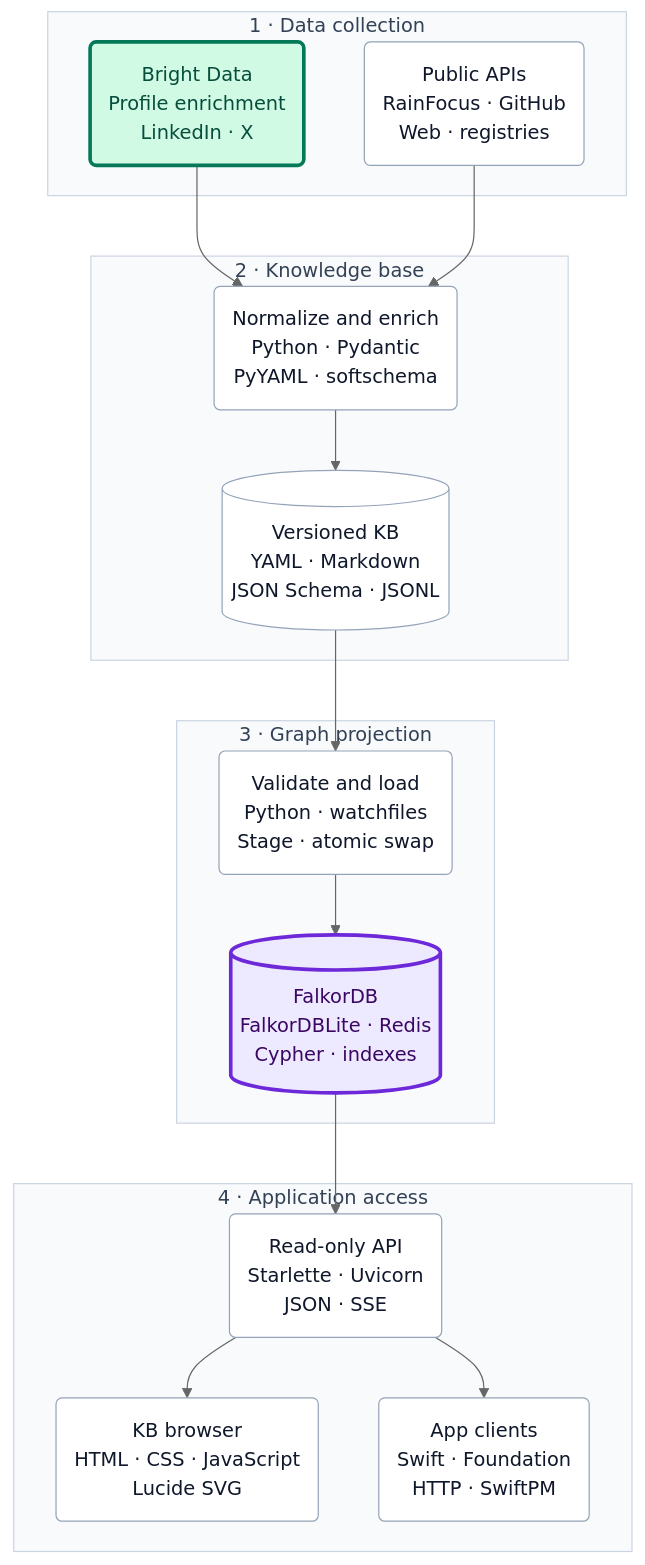
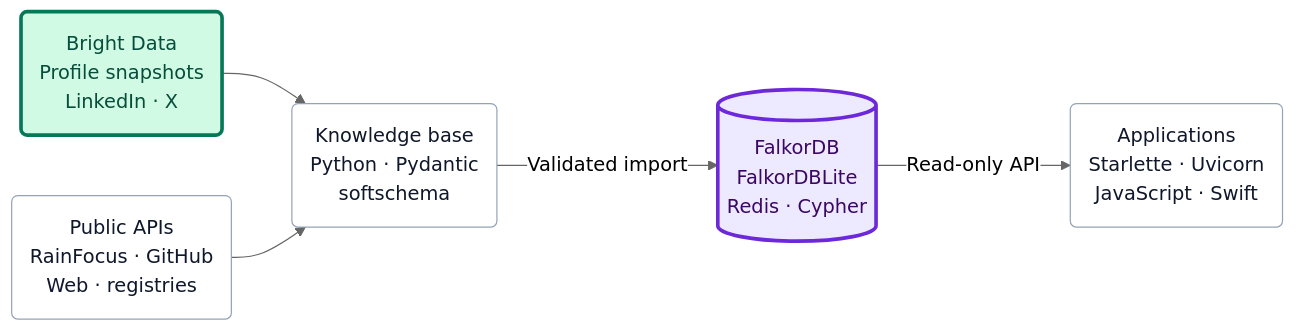
The diagram in README.md (jlevy/paraverse), drawn with Mermaid (neutral theme) before and after one commit. The commit also changed other lines of this file, not shown here.

Commit message:
docs: make the GitHub architecture overview compact and scannable

````diff
--- a/README.md
+++ b/README.md
@@ -35,42 +35,19 @@
 ```mermaid
-flowchart TB
-    subgraph COLLECTION["1 · Data collection"]
-        BD("Bright Data<br/>Profile enrichment<br/>LinkedIn · X")
-        API("Public APIs<br/>RainFocus · GitHub<br/>Web · registries")
-    end
+flowchart LR
+    BD("Bright Data<br/>Profile snapshots<br/>LinkedIn · X")
+    SOURCES("Public APIs<br/>RainFocus · GitHub<br/>Web · registries")
+    KB("Knowledge base<br/>Python · Pydantic<br/>softschema")
+    FALKOR[("FalkorDB<br/>FalkorDBLite<br/>Redis · Cypher")]
+    APPS("Applications<br/>Starlette · Uvicorn<br/>JavaScript · Swift")
 
-    subgraph KNOWLEDGE["2 · Knowledge base"]
-        BUILD("Normalize and enrich<br/>Python · Pydantic<br/>PyYAML · softschema")
-        KB[("Versioned KB<br/>YAML · Markdown<br/>JSON Schema · JSONL")]
-    end
-
-    subgraph GRAPH["3 · Graph projection"]
-        LOAD("Validate and load<br/>Python · watchfiles<br/>Stage · atomic swap")
-        FALKOR[("FalkorDB<br/>FalkorDBLite · Redis<br/>Cypher · indexes")]
-    end
-
-    subgraph APPLICATIONS["4 · Application access"]
-        SERVICE("Read-only API<br/>Starlette · Uvicorn<br/>JSON · SSE")
-        WEB("KB browser<br/>HTML · CSS · JavaScript<br/>Lucide SVG")
-        APP("App clients<br/>Swift · Foundation<br/>HTTP · SwiftPM")
-    end
-
-    BD --> BUILD
-    API --> BUILD
-    BUILD --> KB
-    KB --> LOAD
-    LOAD --> FALKOR
-    FALKOR --> SERVICE
-    SERVICE --> WEB
-    SERVICE --> APP
+    BD --> KB
+    SOURCES --> KB
+    KB -->|Validated import| FALKOR
+    FALKOR -->|Read-only API| APPS
 
     classDef default fill:#ffffff,stroke:#94a3b8,color:#0f172a
-    style COLLECTION fill:#f8fafc,stroke:#cbd5e1,color:#334155
-    style KNOWLEDGE fill:#f8fafc,stroke:#cbd5e1,color:#334155
-    style GRAPH fill:#f8fafc,stroke:#cbd5e1,color:#334155
-    style APPLICATIONS fill:#f8fafc,stroke:#cbd5e1,color:#334155
     classDef bright fill:#d1fae5,stroke:#047857,color:#064e3b,stroke-width:3px
     classDef falkor fill:#ede9fe,stroke:#6d28d9,color:#3b0764,stroke-width:3px
     class BD bright
     class FALKOR falkor
 ```
````
